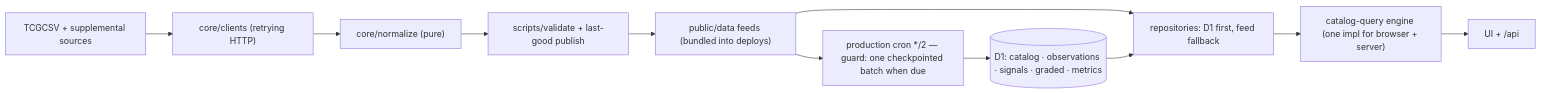
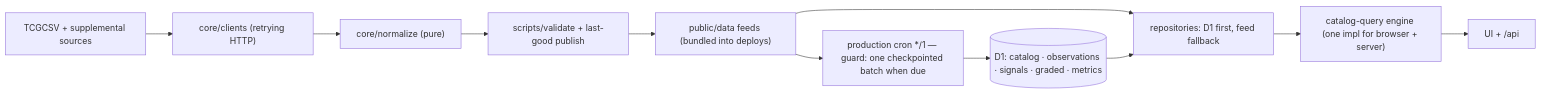
One commit to cjord/rawsignal changed the third of 3 diagrams in docs/helicopter-view.md. Above: the diagram before and after it, drawn with Mermaid. The commit also changed other lines of this file and 11 other files, not shown here.

````diff
--- a/docs/helicopter-view.md
+++ b/docs/helicopter-view.md
@@ -103,18 +103,18 @@
 ```mermaid
 flowchart LR
   src["TCGCSV + supplemental sources"]
   clients["core/clients (retrying HTTP)"]
   norm["core/normalize (pure)"]
   val["scripts/validate + last-good publish"]
   pub["public/data feeds (bundled into deploys)"]
-  cron["production cron */2 — guard: one checkpointed batch when due"]
+  cron["production cron */1 — guard: one checkpointed batch when due"]
   d1[("D1: catalog · observations · signals · graded · metrics")]
   repos["repositories: D1 first, feed fallback"]
   engine["catalog-query engine (one impl for browser + server)"]
   uiEnd["UI + /api"]
 
   src --> clients --> norm --> val --> pub
   pub --> cron --> d1
   pub --> repos
   d1 --> repos --> engine --> uiEnd
 ```
````
